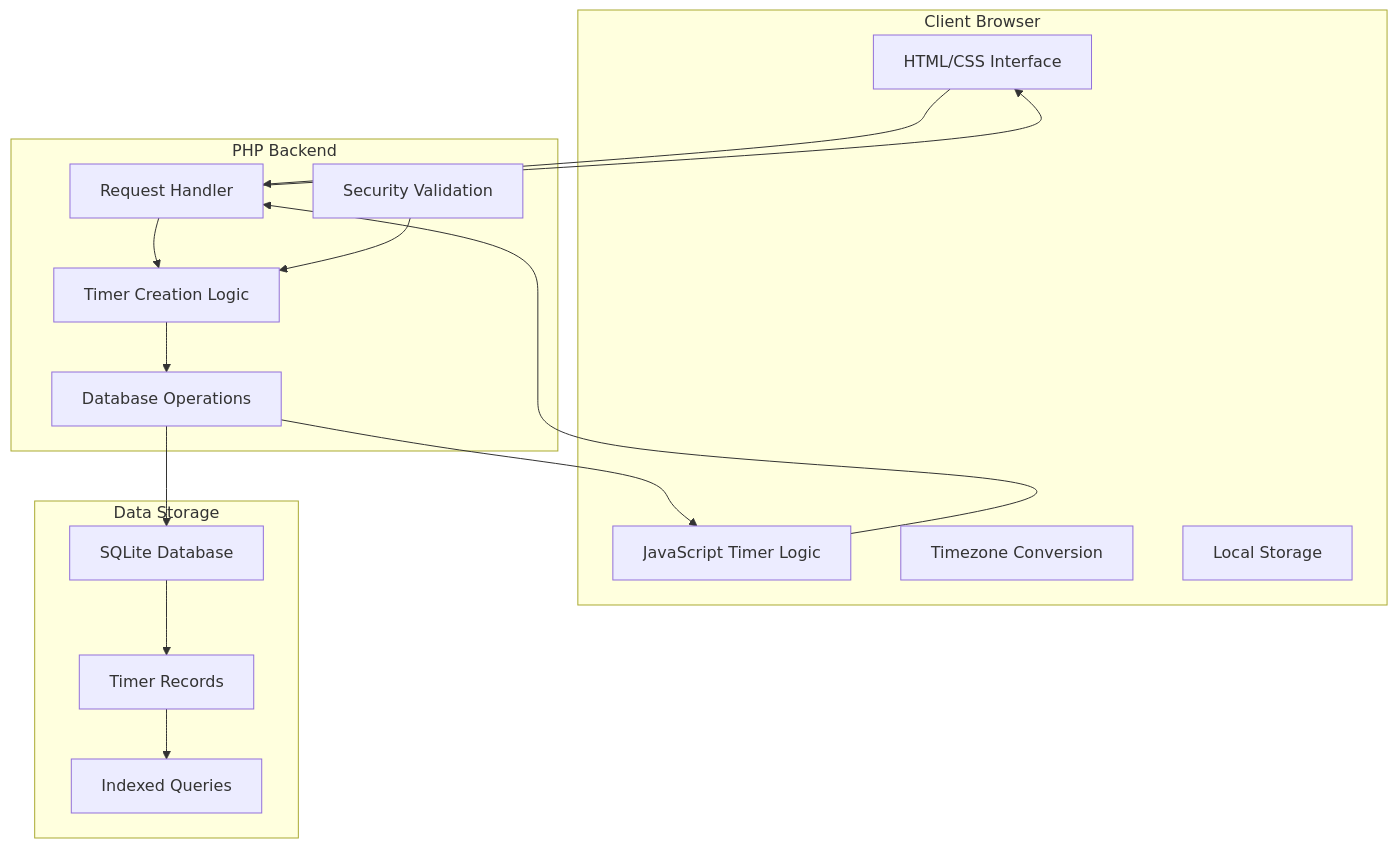
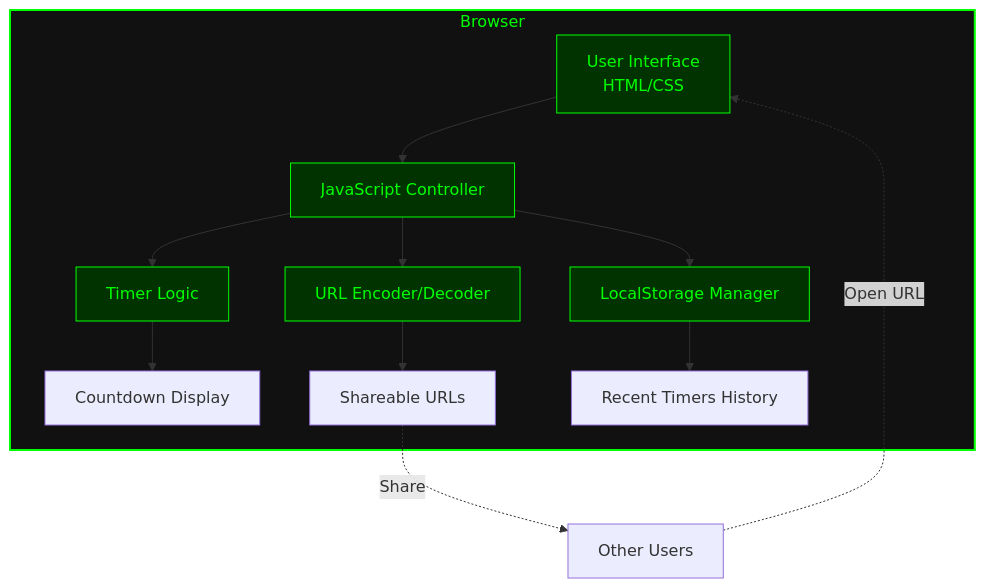
The third of 3 diagrams in README.md (xsukax/xsukax-Shared-Timers), drawn with Mermaid before and after one commit. The commit also changed other lines of this file, not shown here.

````diff
--- a/README.md
+++ b/README.md
@@ -228,34 +206,23 @@
 ```mermaid
 graph TB
-    subgraph "Client Browser"
-        A[HTML/CSS Interface]
-        B[JavaScript Timer Logic]
-        C[Timezone Conversion]
-        D[Local Storage]
+    subgraph Browser
+        A[User Interface<br/>HTML/CSS] --> B[JavaScript Controller]
+        B --> C[Timer Logic]
+        B --> D[URL Encoder/Decoder]
+        B --> E[LocalStorage Manager]
+        
+        C --> F[Countdown Display]
+        D --> G[Shareable URLs]
+        E --> H[Recent Timers History]
     end
     
-    subgraph "PHP Backend"
-        E[Request Handler]
-        F[Timer Creation Logic]
-        G[Database Operations]
-        H[Security Validation]
-    end
+    G -.Share.-> I[Other Users]
+    I -.Open URL.-> A
     
-    subgraph "Data Storage"
-        I[SQLite Database]
-        J[Timer Records]
-        K[Indexed Queries]
-    end
-    
-    A --> E
-    B --> E
-    E --> F
-    F --> G
-    G --> I
-    I --> J
-    J --> K
-    
-    E --> A
-    G --> B
-    H --> F
+    style Browser fill:#111,stroke:#0f0,stroke-width:2px,color:#0f0
+    style A fill:#003300,stroke:#0f0,color:#0f0
+    style B fill:#003300,stroke:#0f0,color:#0f0
+    style C fill:#003300,stroke:#0f0,color:#0f0
+    style D fill:#003300,stroke:#0f0,color:#0f0
+    style E fill:#003300,stroke:#0f0,color:#0f0
 ```
````
